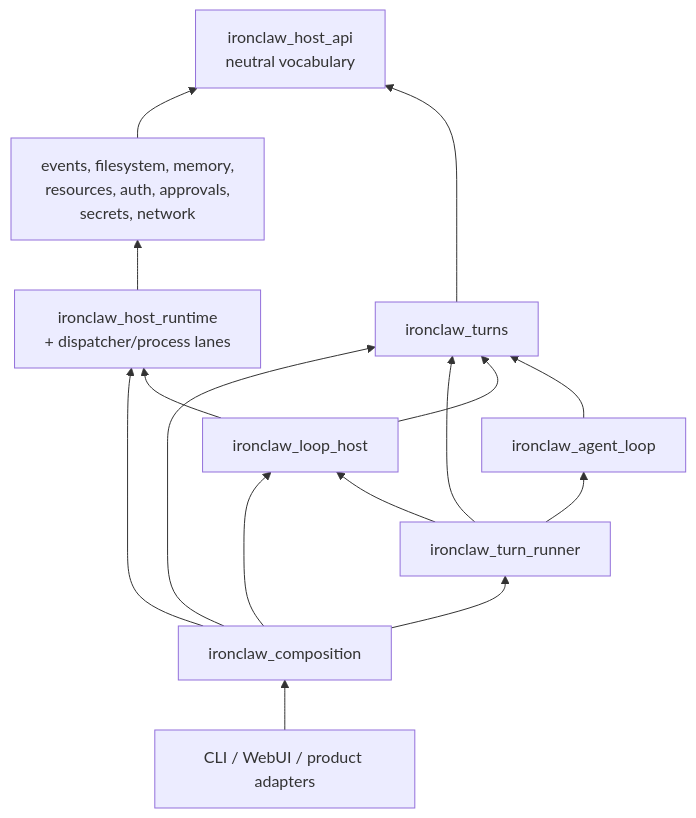
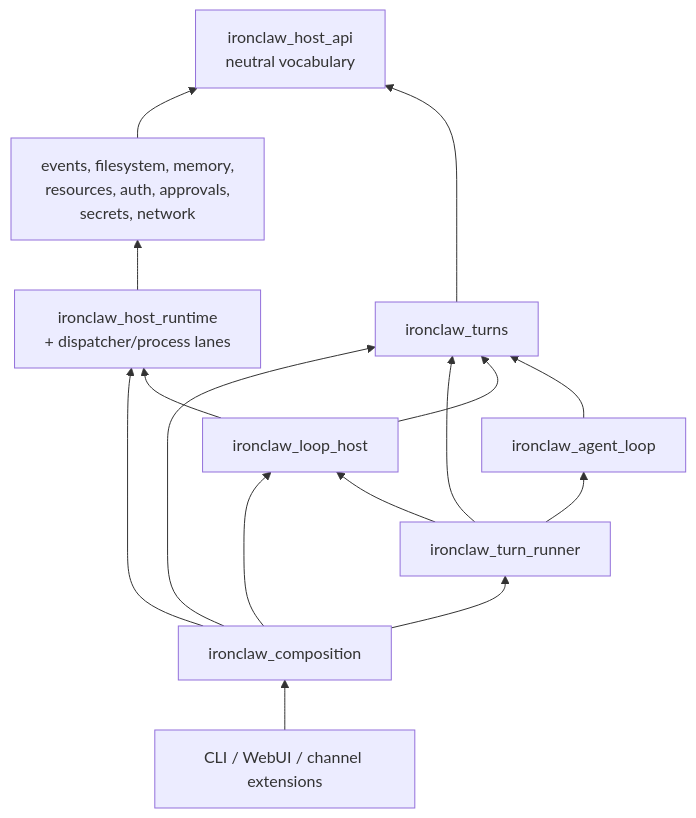
Before and after one commit to CloudEngineHub/ironclaw: the third of 7 diagrams in crates/Architecture.md, drawn with Mermaid. The commit also changed other lines of this file and 210 other files, not shown here.

````diff
--- a/crates/Architecture.md
+++ b/crates/Architecture.md
@@ -364,27 +398,27 @@
 ```mermaid
 flowchart BT
-    Entry["CLI / WebUI / product adapters"]
+    Entry["CLI / WebUI / channel extensions"]
     Composition["ironclaw_composition"]
     Reborn["ironclaw_turn_runner"]
     LoopSupport["ironclaw_loop_host"]
     AgentLoop["ironclaw_agent_loop"]
     Turns["ironclaw_turns"]
     Runtime["ironclaw_host_runtime\n+ dispatcher/process lanes"]
     Substrates["events, filesystem, memory,\nresources, auth, approvals,\nsecrets, network"]
     HostApi["ironclaw_host_api\nneutral vocabulary"]
 
     Entry --> Composition
     Composition --> Reborn
     Composition --> Turns
     Composition --> LoopSupport
     Composition --> Runtime
     Reborn --> AgentLoop
     Reborn --> Turns
     Reborn --> LoopSupport
     LoopSupport --> Turns
     LoopSupport --> Runtime
     AgentLoop --> Turns
     Runtime --> Substrates
     Substrates --> HostApi
     Turns --> HostApi
 ```
````
